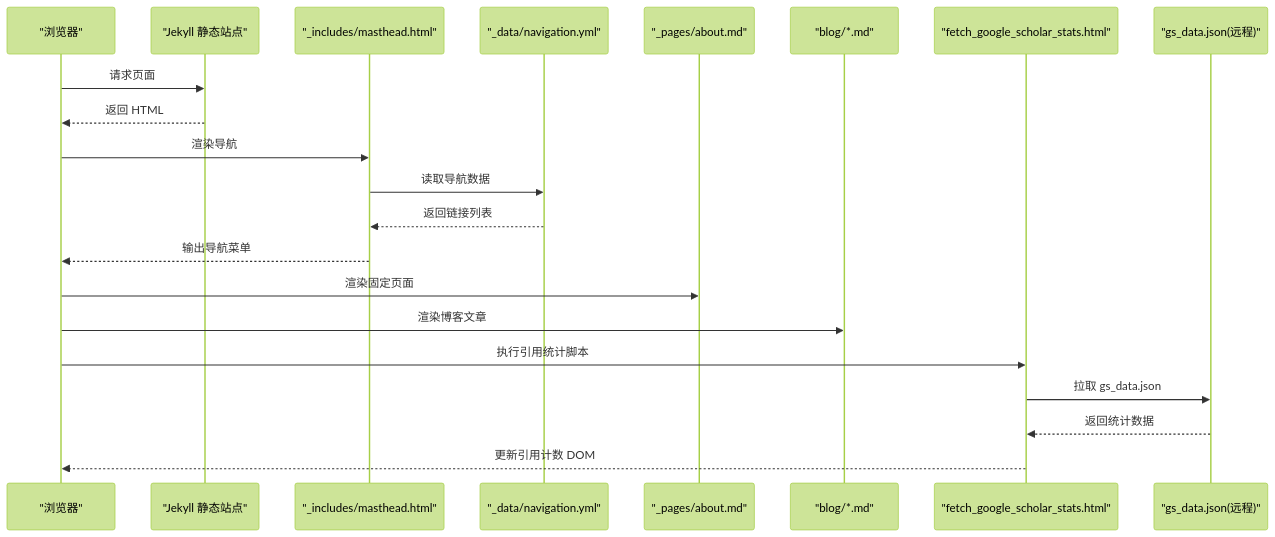
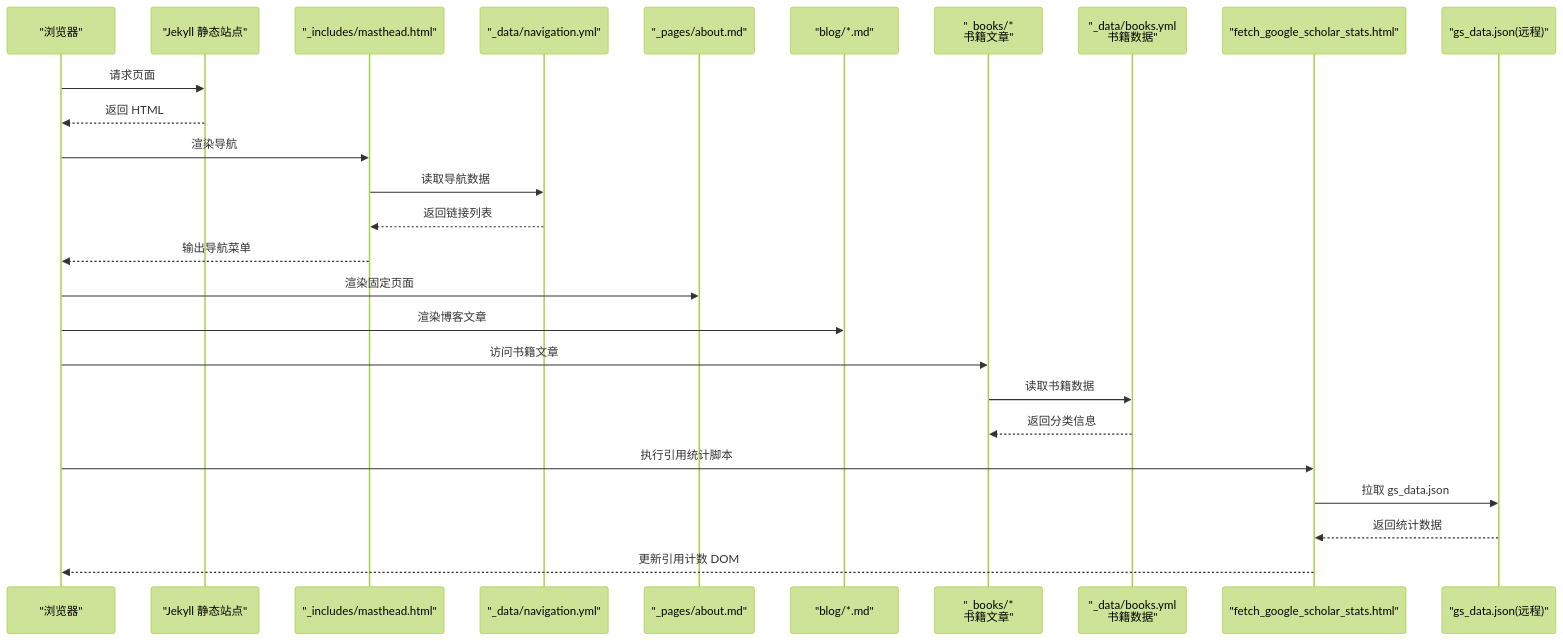
The second of 4 diagrams in .qoder/repowiki/zh/content/内容管理/内容管理.md (pizicaiman/pizicaiman.github.io), drawn with Mermaid (forest theme) before and after one commit. The commit also changed other lines of this file and 10 other files, not shown here.

````diff
--- a/.qoder/repowiki/zh/content/内容管理/内容管理.md
+++ b/.qoder/repowiki/zh/content/内容管理/内容管理.md
@@ -92,23 +124,28 @@
 ```mermaid
 sequenceDiagram
 participant U as "浏览器"
 participant S as "Jekyll 静态站点"
 participant T as "_includes/masthead.html"
 participant N as "_data/navigation.yml"
 participant P as "_pages/about.md"
 participant B as "blog/*.md"
+participant BK as "_books/*<br/>书籍文章"
+participant BD as "_data/books.yml<br/>书籍数据"
 participant GS as "fetch_google_scholar_stats.html"
 participant R as "gs_data.json(远程)"
 U->>S : 请求页面
 S-->>U : 返回 HTML
 U->>T : 渲染导航
 T->>N : 读取导航数据
 N-->>T : 返回链接列表
 T-->>U : 输出导航菜单
 U->>P : 渲染固定页面
 U->>B : 渲染博客文章
+U->>BK : 访问书籍文章
+BK->>BD : 读取书籍数据
+BD-->>BK : 返回分类信息
 U->>GS : 执行引用统计脚本
 GS->>R : 拉取 gs_data.json
 R-->>GS : 返回统计数据
 GS-->>U : 更新引用计数 DOM
 ```
````
